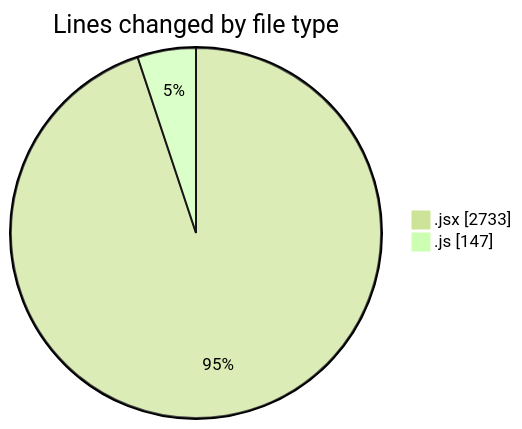
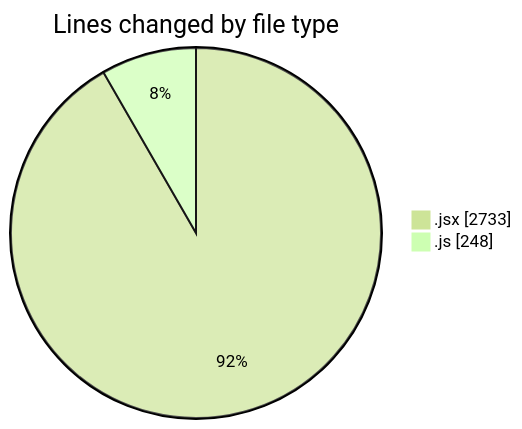
The first of 2 diagrams in 2025-07-10/argos/README.md (nxtqubesakshisongat/code-tracking), drawn with Mermaid (forest theme) before and after one commit. The commit also changed other lines of this file and 1 other file, not shown here.

````diff
--- a/2025-07-10/argos/README.md
+++ b/2025-07-10/argos/README.md
@@ -24,6 +24,6 @@
 ```mermaid
 pie showData
 title Lines changed by file type
 ".jsx" : 2733
-".js" : 147
+".js" : 248
 ```
````
